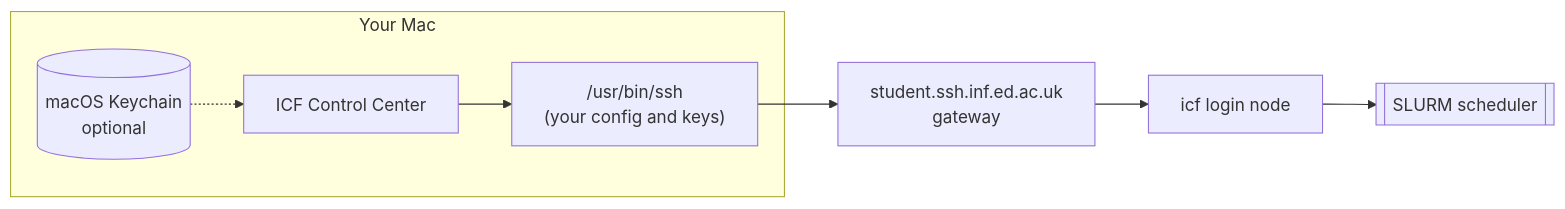
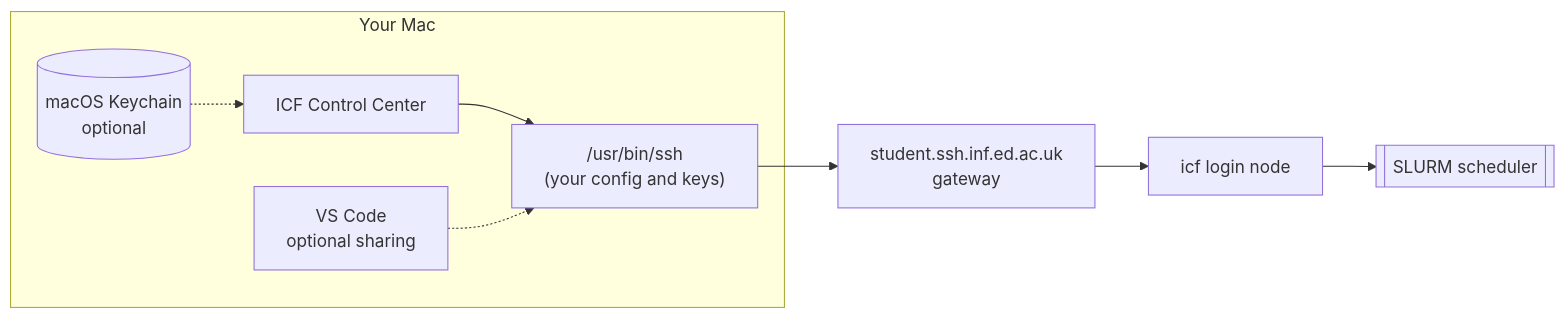
The second of 2 diagrams in README.md (CemSarp/ICF-GUI), drawn with Mermaid before and after one commit. The commit also changed other lines of this file and 30 other files, not shown here.

````diff
--- a/README.md
+++ b/README.md
@@ -108,8 +159,9 @@
 ```mermaid
 flowchart LR
     subgraph Mac["Your Mac"]
         App["ICF Control Center"] --> SSH["/usr/bin/ssh<br/>(your config and keys)"]
         KC[("macOS Keychain<br/>optional")] -.-> App
+        VS["VS Code<br/>optional sharing"] -.-> SSH
     end
     SSH --> GW["student.ssh.inf.ed.ac.uk<br/>gateway"] --> ICF["icf login node"] --> SLURM[["SLURM scheduler"]]
 ```
````
